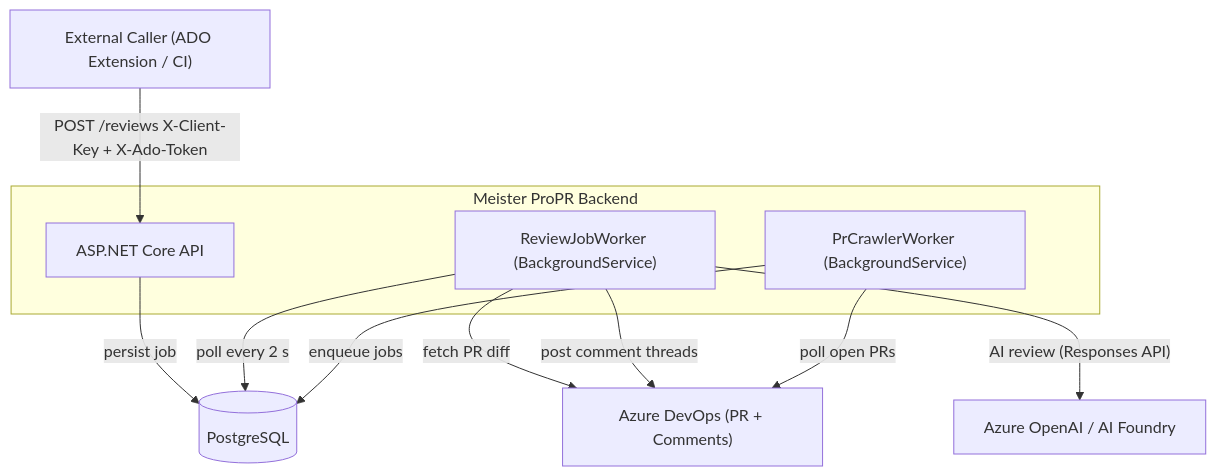
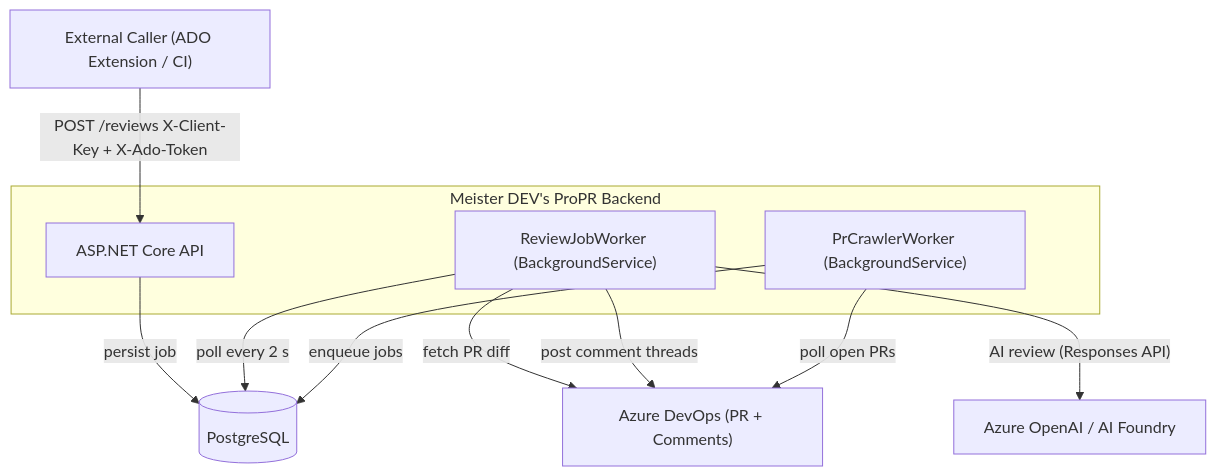
The first of 6 diagrams in docs/architecture.md (meister-dev-ai/propr), drawn with Mermaid before and after one commit. The commit also changed other lines of this file and 3 other files, not shown here.

````diff
--- a/docs/architecture.md
+++ b/docs/architecture.md
@@ -19,22 +19,22 @@
 ```mermaid
 flowchart TD
     ADO["Azure DevOps (PR + Comments)"]
     AOAI["Azure OpenAI / AI Foundry"]
     EXT["External Caller (ADO Extension / CI)"]
     PG[("PostgreSQL")]
 
-    subgraph backend["Meister ProPR Backend"]
+    subgraph backend["Meister DEV's ProPR Backend"]
         API["ASP.NET Core API"]
         WORKER["ReviewJobWorker (BackgroundService)"]
         CRAWLER["PrCrawlerWorker (BackgroundService)"]
     end
 
     EXT -- "POST /reviews X-Client-Key + X-Ado-Token" --> API
     API -- "persist job" --> PG
     WORKER -- "poll every 2 s" --> PG
     WORKER -- "fetch PR diff" --> ADO
     WORKER -- "AI review (Responses API)" --> AOAI
     WORKER -- "post comment threads" --> ADO
     CRAWLER -- "poll open PRs" --> ADO
     CRAWLER -- "enqueue jobs" --> PG
 ```
````
